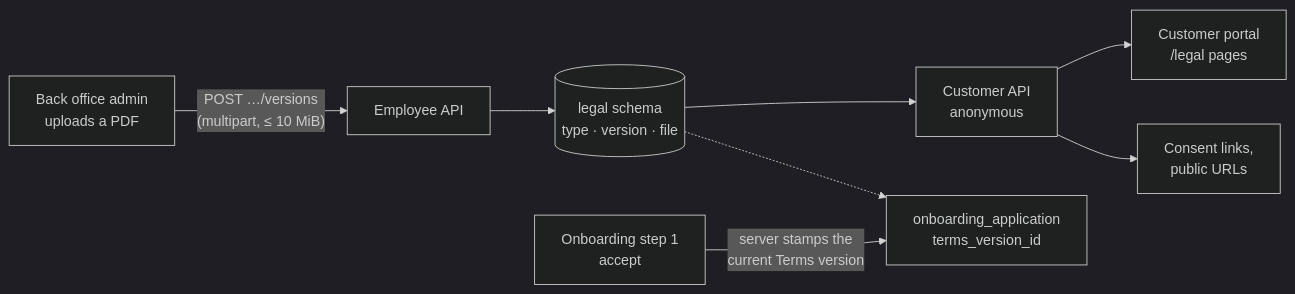
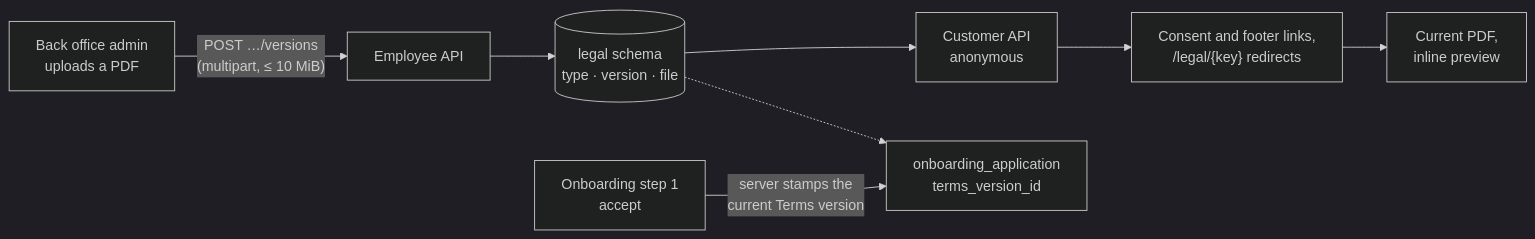
One commit to lukastosic-ifd/peakpowerspecs changed the diagram in specs/10-features/F16-legal-documents.md. Above: the diagram before and after it, drawn with Mermaid (dark theme). The commit also changed other lines of this file and 8 other files, not shown here.

First line of the commit message:
Specs: legal documents reach customers as PDF links only (DEC-174, F16)

````diff
--- a/specs/10-features/F16-legal-documents.md
+++ b/specs/10-features/F16-legal-documents.md
@@ -27,10 +27,10 @@
 ```mermaid
 flowchart LR
     ADM["Back office admin<br/>uploads a PDF"] -->|"POST …/versions<br/>(multipart, ≤ 10 MiB)"| EMP["Employee API"]
     EMP --> DB[("legal schema<br/>type · version · file")]
     DB --> CUS["Customer API<br/>anonymous"]
-    CUS --> LEG["Customer portal<br/>/legal pages"]
-    CUS --> LNK["Consent links,<br/>public URLs"]
+    CUS --> LNK["Consent and footer links,<br/>/legal/{key} redirects"]
+    LNK --> PDF["Current PDF,<br/>inline preview"]
     ONB["Onboarding step 1<br/>accept"] -->|"server stamps the<br/>current Terms version"| APP["onboarding_application<br/>terms_version_id"]
     DB -.-> APP
 ```
````
